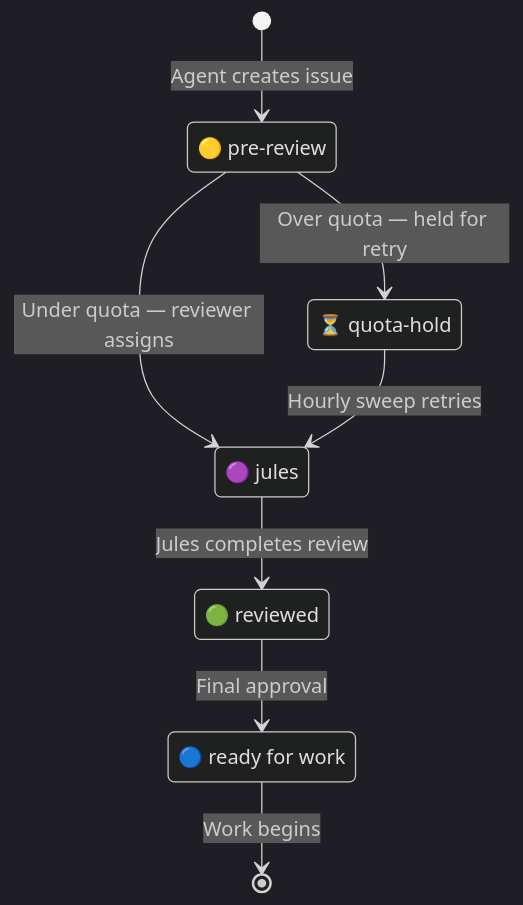
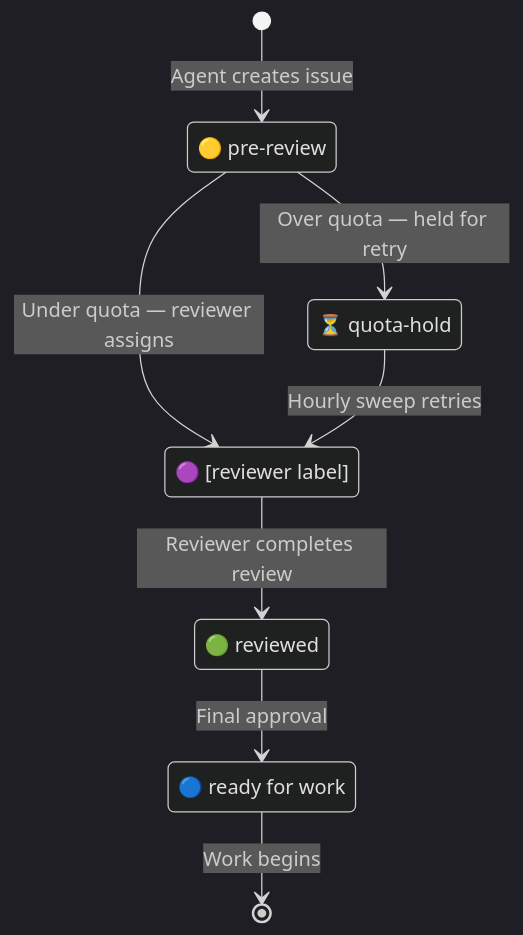
One commit to LokiMetaSmith/keystone-polyphony changed the sixth of 6 diagrams in docs/ci-cd.md. Above: the diagram before and after it, drawn with Mermaid (dark theme). The commit also changed other lines of this file and 4 other files, not shown here.

````diff
--- a/docs/ci-cd.md
+++ b/docs/ci-cd.md
@@ -110,16 +111,16 @@
 ```mermaid
 stateDiagram-v2
     [*] --> pre_review : Agent creates issue
-    pre_review --> jules : Under quota — reviewer assigns
+    pre_review --> reviewer_assigned : Under quota — reviewer assigns
     pre_review --> quota_hold : Over quota — held for retry
-    quota_hold --> jules : Hourly sweep retries
-    jules --> reviewed : Jules completes review
+    quota_hold --> reviewer_assigned : Hourly sweep retries
+    reviewer_assigned --> reviewed : Reviewer completes review
     reviewed --> ready_for_work : Final approval
     ready_for_work --> [*] : Work begins
 
     pre_review : 🟡 pre-review
     quota_hold : ⏳ quota-hold
-    jules : 🟣 jules
+    reviewer_assigned : 🟣 [reviewer label]
     reviewed : 🟢 reviewed
     ready_for_work : 🔵 ready for work
 ```
````
